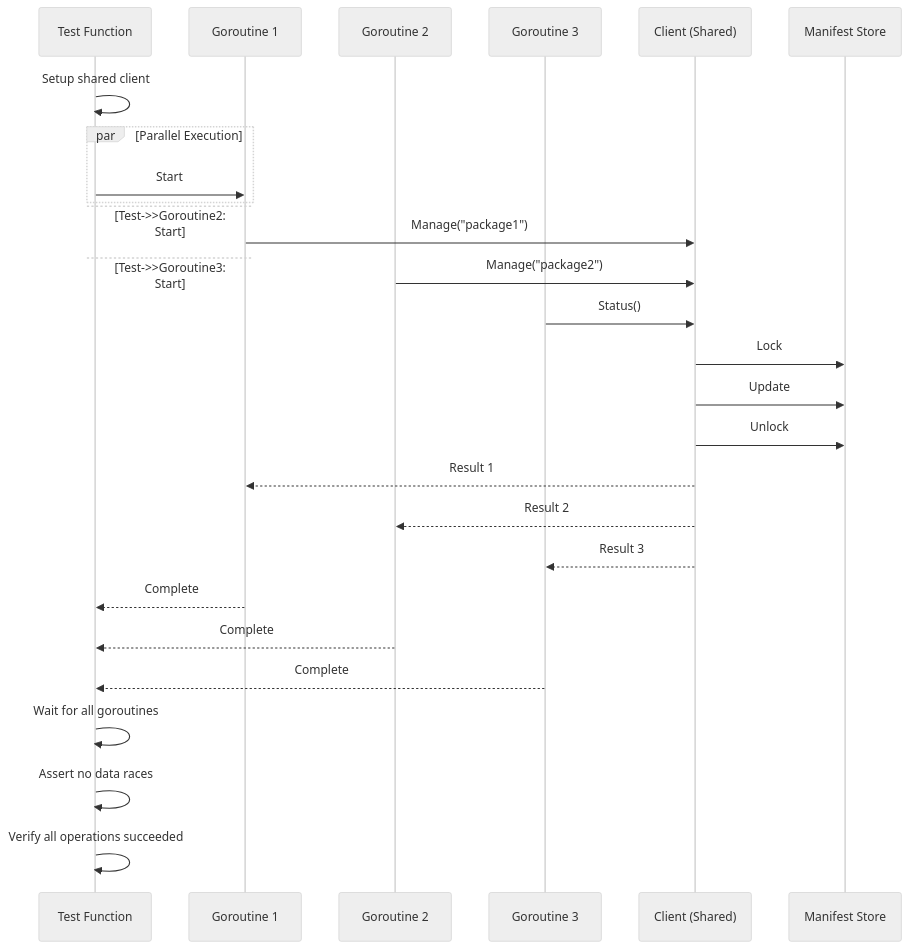
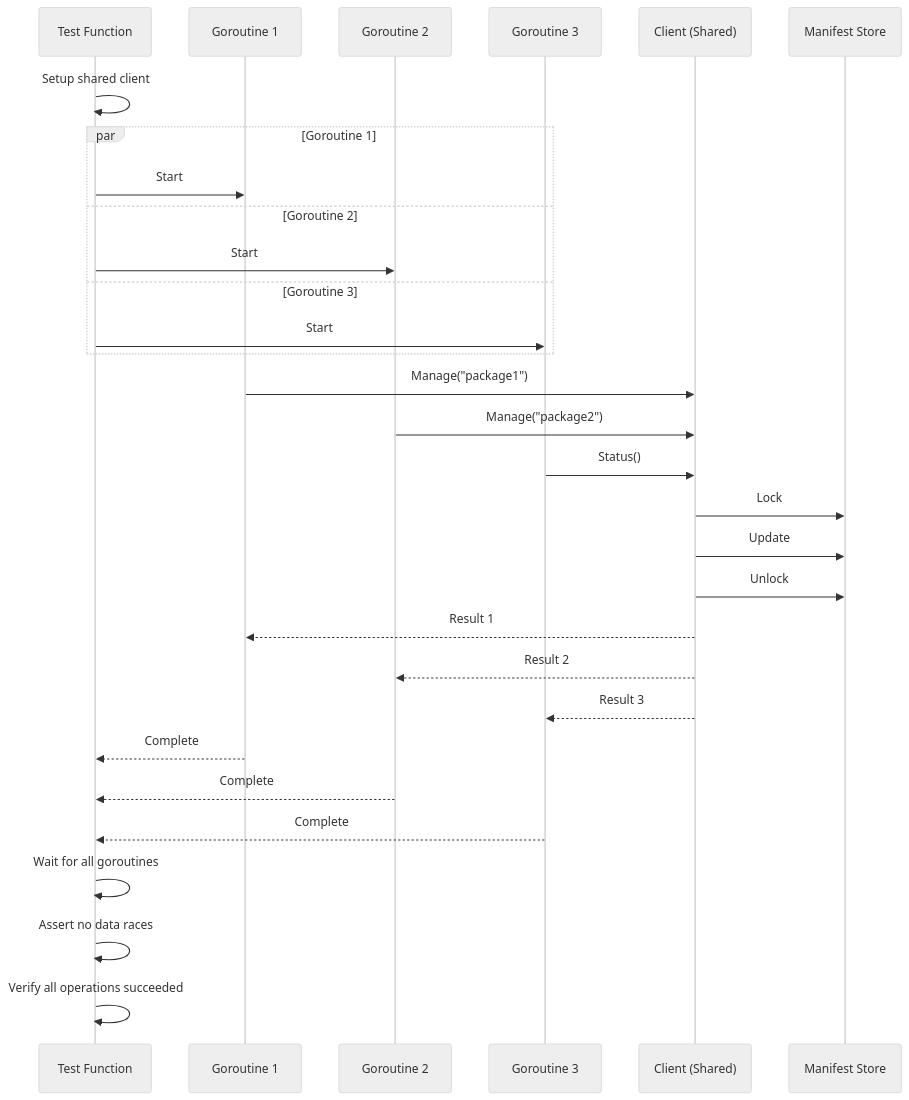
One commit to jamesainslie/dot changed the ninth of 12 diagrams in docs/developer/testing.md. Above: the diagram before and after it, drawn with Mermaid (neutral theme). The commit also changed other lines of this file and 59 other files, not shown here.

````diff
--- a/docs/developer/testing.md
+++ b/docs/developer/testing.md
@@ -625,37 +648,39 @@
 ```mermaid
 sequenceDiagram
     participant Test as Test Function
     participant Goroutine1 as Goroutine 1
     participant Goroutine2 as Goroutine 2
     participant Goroutine3 as Goroutine 3
     participant Client as Client (Shared)
     participant Manifest as Manifest Store
     
     Test->>Test: Setup shared client
     
-    par Parallel Execution
+    par Goroutine 1
         Test->>Goroutine1: Start
-        and Test->>Goroutine2: Start
-        and Test->>Goroutine3: Start
+    and Goroutine 2
+        Test->>Goroutine2: Start
+    and Goroutine 3
+        Test->>Goroutine3: Start
     end
     
     Goroutine1->>Client: Manage("package1")
     Goroutine2->>Client: Manage("package2")
     Goroutine3->>Client: Status()
     
     Client->>Manifest: Lock
     Client->>Manifest: Update
     Client->>Manifest: Unlock
     
     Client-->>Goroutine1: Result 1
     Client-->>Goroutine2: Result 2
     Client-->>Goroutine3: Result 3
     
     Goroutine1-->>Test: Complete
     Goroutine2-->>Test: Complete
     Goroutine3-->>Test: Complete
     
     Test->>Test: Wait for all goroutines
     Test->>Test: Assert no data races
     Test->>Test: Verify all operations succeeded
 ```
````
